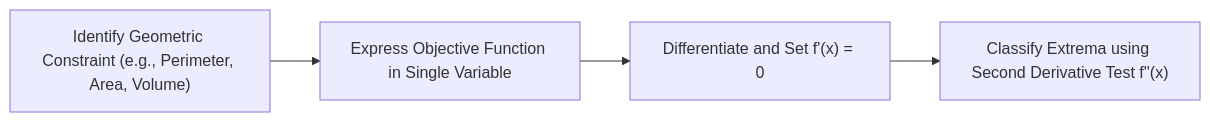
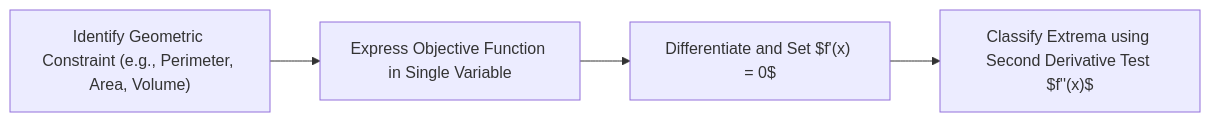
The second of 2 diagrams in content/Main Notes/1st Year/Term 2/CSMATH1/Finals Review/[REV] CSMATH1 Comprehensive Finals Reviewer.md (2ru17/Project-Engram), drawn with Mermaid before and after one commit. The commit also changed other lines of this file and 72 other files, not shown here.

First line of the commit message:
feat(v2): phase 5 interactive simulators suite, mermaid latex rendering, and governance

````diff
--- a/content/Main Notes/1st Year/Term 2/CSMATH1/Finals Review/[REV] CSMATH1 Comprehensive Finals Reviewer.md
+++ b/content/Main Notes/1st Year/Term 2/CSMATH1/Finals Review/[REV] CSMATH1 Comprehensive Finals Reviewer.md
@@ -65,6 +65,6 @@
 ```mermaid
 graph LR
     Constraint["Identify Geometric Constraint (e.g., Perimeter, Area, Volume)"] --> Eliminate["Express Objective Function in Single Variable"]
-    Eliminate --> Differentiate["Differentiate and Set f'(x) = 0"]
-    Differentiate --> Classify["Classify Extrema using Second Derivative Test f''(x)"]
+    Eliminate --> Differentiate["Differentiate and Set $f'(x) = 0$"]
+    Differentiate --> Classify["Classify Extrema using Second Derivative Test $f''(x)$"]
 ```
````
